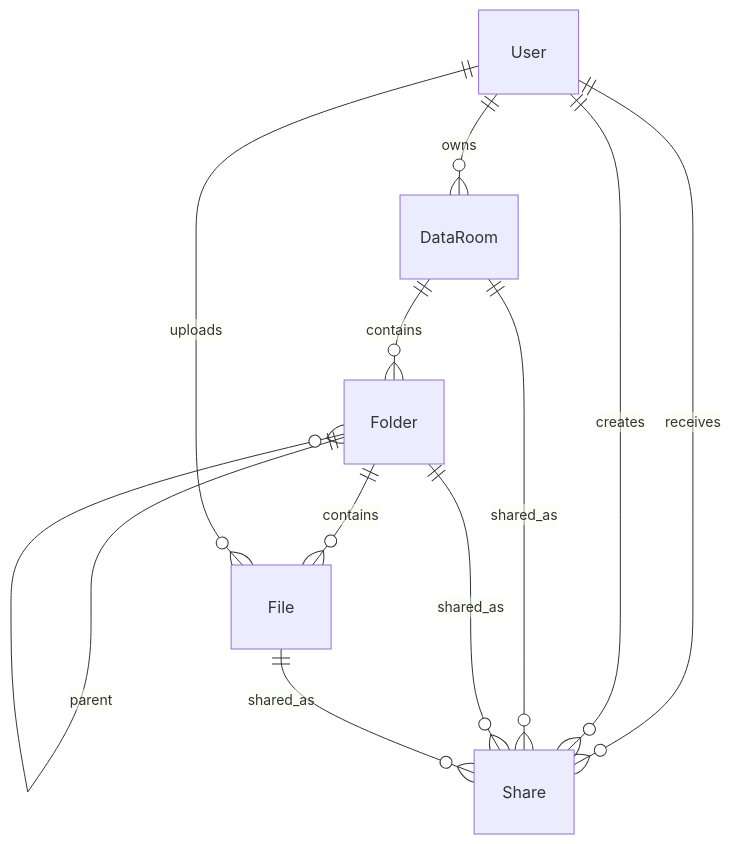
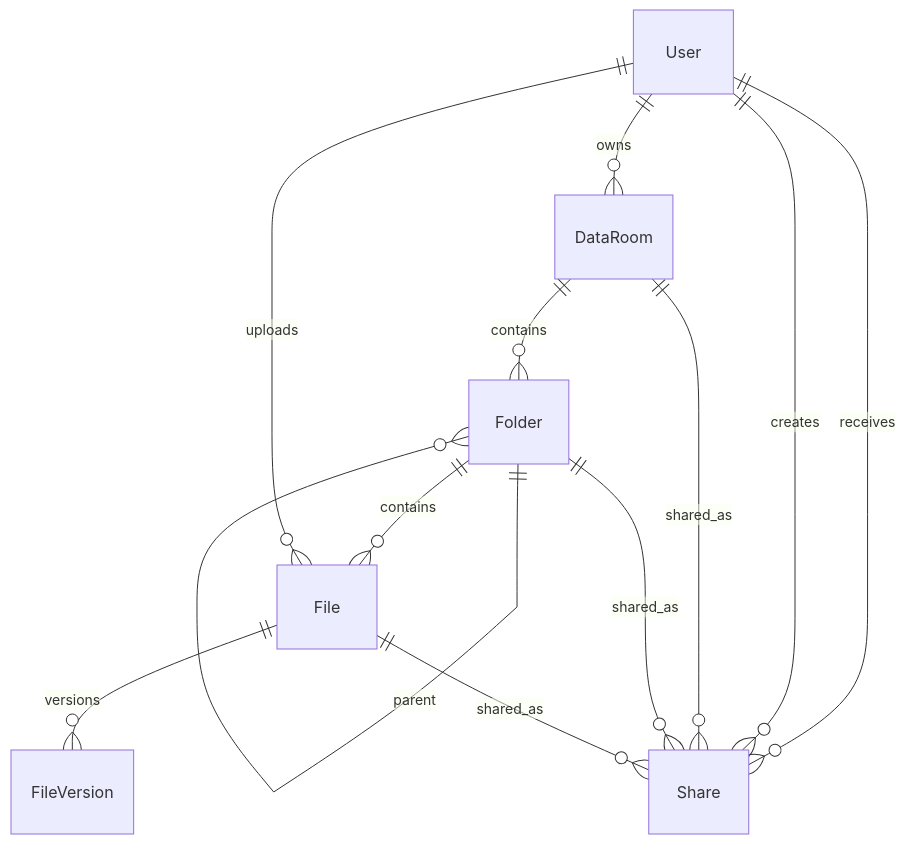
The diagram in README.md (StanislavHomych/testtask1), drawn with Mermaid before and after one commit. The commit also changed other lines of this file and 21 other files, not shown here.

````diff
--- a/README.md
+++ b/README.md
@@ -149,13 +162,14 @@
 ```mermaid
 erDiagram
   User ||--o{ DataRoom : owns
   DataRoom ||--o{ Folder : contains
   Folder ||--o{ Folder : parent
   Folder ||--o{ File : contains
+  File ||--o{ FileVersion : versions
   User ||--o{ File : uploads
   User ||--o{ Share : receives
   User ||--o{ Share : creates
   DataRoom ||--o{ Share : shared_as
   Folder ||--o{ Share : shared_as
   File ||--o{ Share : shared_as
 ```
````
